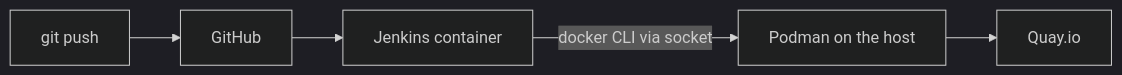
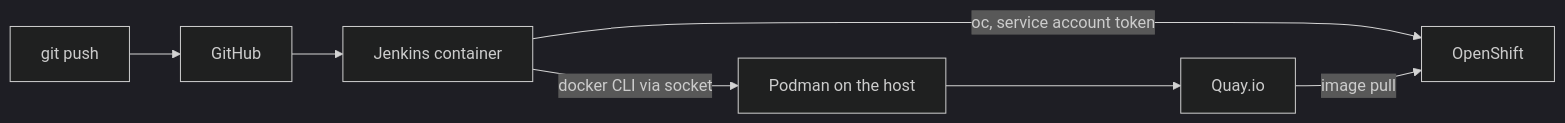
One commit to g-devito/jenkins-lab changed the diagram in README.md. Above: the diagram before and after it, drawn with Mermaid (dark theme). The commit also changed other lines of this file, not shown here.

````diff
--- a/README.md
+++ b/README.md
@@ -9,7 +9,9 @@
 ```mermaid
 flowchart LR
     dev[git push] --> gh[GitHub]
     gh --> jk[Jenkins container]
     jk -->|docker CLI via socket| pd[Podman on the host]
     pd --> quay[Quay.io]
+    jk -->|oc, service account token| ocp[OpenShift]
+    quay -->|image pull| ocp
 ```
````
